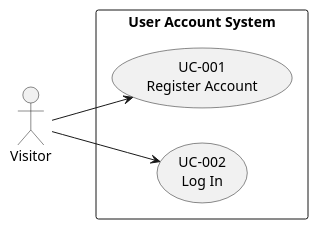
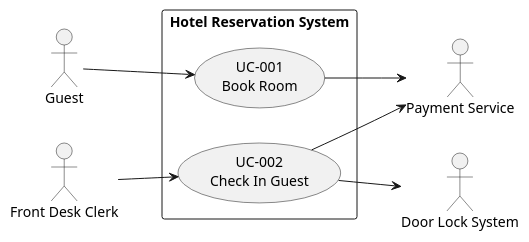
The diagram in aiup-core/evals/scenario-9/inputs/docs/use_cases.puml (AI-Unified-Process/marketplace), drawn with PlantUML before and after one commit. The commit also changed 12 other files, not shown here.

```diff
--- a/aiup-core/evals/scenario-9/inputs/docs/use_cases.puml
+++ b/aiup-core/evals/scenario-9/inputs/docs/use_cases.puml
@@ -1,12 +1,18 @@
 @startuml Use Cases Overview
 left to right direction
-actor "Visitor" as visitor
+actor "Guest" as guest
+actor "Front Desk Clerk" as clerk
+actor "Payment Service" as payment
+actor "Door Lock System" as doorlock
 
-rectangle "User Account System" {
-    usecase "UC-001\nRegister Account" as UC001
-    usecase "UC-002\nLog In" as UC002
+rectangle "Hotel Reservation System" {
+    usecase "UC-001\nBook Room" as UC001
+    usecase "UC-002\nCheck In Guest" as UC002
 }
 
-visitor --> UC001
-visitor --> UC002
+guest --> UC001
+clerk --> UC002
+UC001 --> payment
+UC002 --> payment
+UC002 --> doorlock
 @enduml
```
